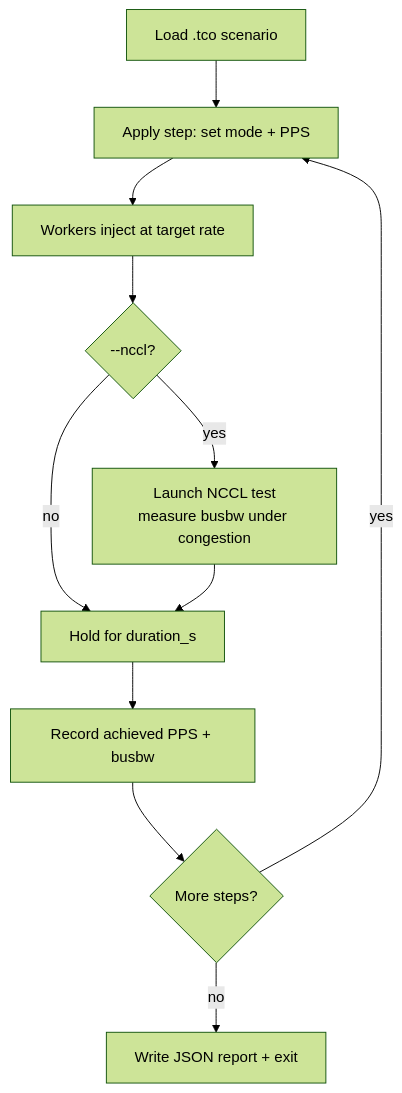
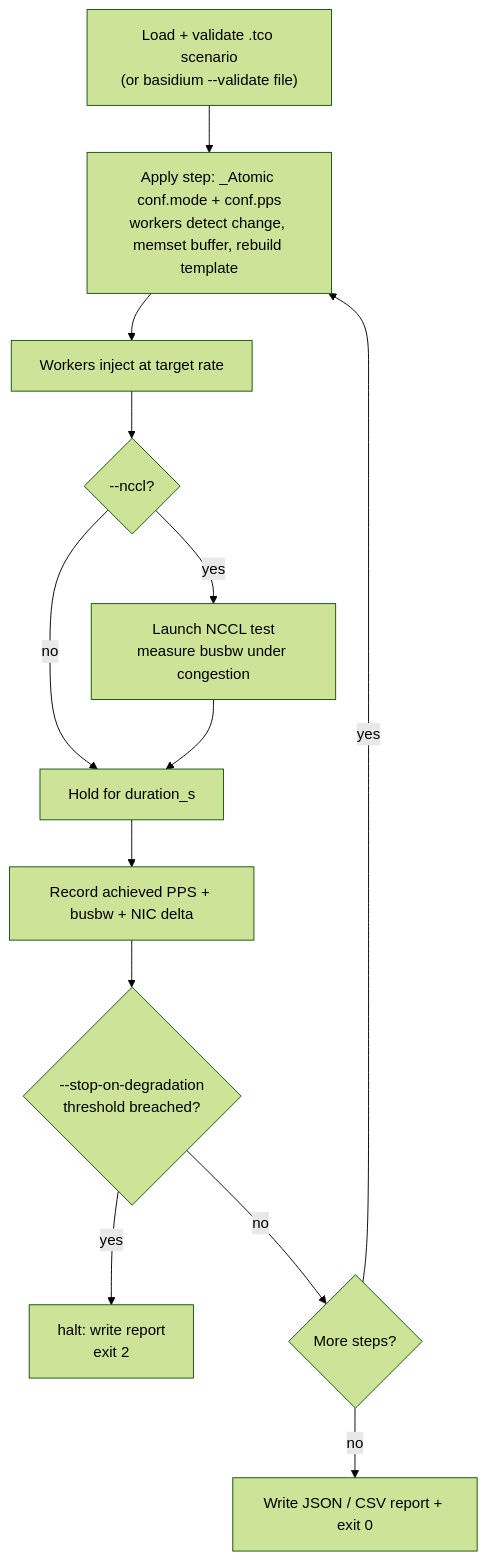
Before and after one commit to mstits/Basidium: the ninth of 10 diagrams in README.md, drawn with Mermaid (forest theme). The commit also changed other lines of this file and 11 other files, not shown here.

````diff
--- a/README.md
+++ b/README.md
@@ -598,13 +705,15 @@
 ```mermaid
 flowchart TD
-    LOAD["Load .tco scenario"] --> STEP["Apply step: set mode + PPS"]
+    LOAD["Load + validate .tco scenario<br/>(or basidium --validate file)"] --> STEP["Apply step: _Atomic conf.mode + conf.pps<br/>workers detect change, memset buffer, rebuild template"]
     STEP --> INJECT["Workers inject at target rate"]
     INJECT --> NCCL_Q{"--nccl?"}
     NCCL_Q --> |yes| NCCL_RUN["Launch NCCL test<br/>measure busbw under congestion"]
     NCCL_Q --> |no| HOLD["Hold for duration_s"]
     NCCL_RUN --> HOLD
-    HOLD --> RECORD["Record achieved PPS + busbw"]
-    RECORD --> MORE{"More steps?"}
+    HOLD --> RECORD["Record achieved PPS + busbw + NIC delta"]
+    RECORD --> SOD{"--stop-on-degradation<br/>threshold breached?"}
+    SOD --> |yes| HALT["halt: write report<br/>exit 2"]
+    SOD --> |no| MORE{"More steps?"}
     MORE --> |yes| STEP
-    MORE --> |no| REPORT["Write JSON report + exit"]
+    MORE --> |no| REPORT["Write JSON / CSV report + exit 0"]
 ```
````
